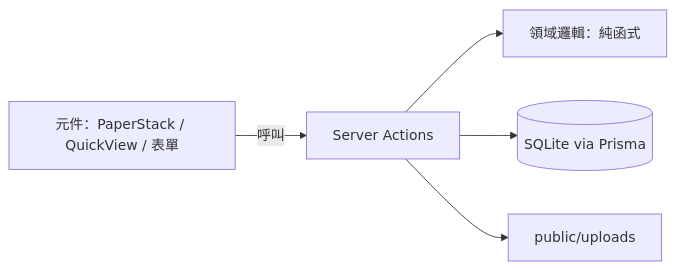
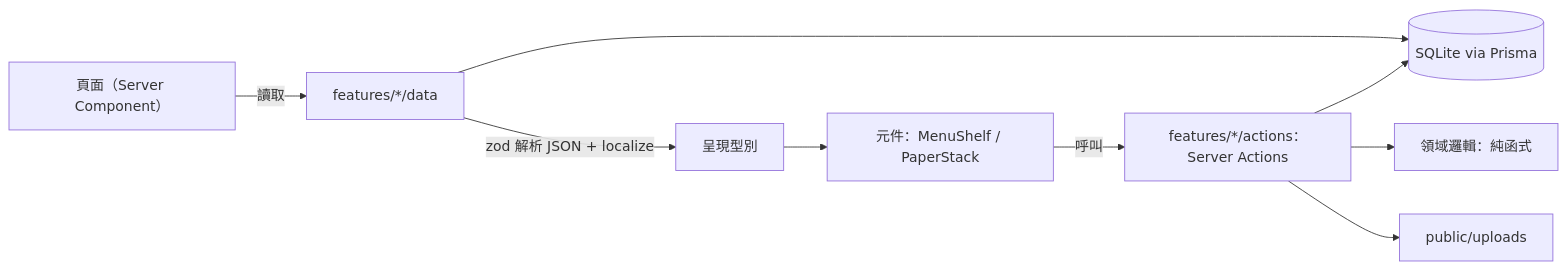
The first of 2 diagrams in docs/architecture.md (piercelin11/epifolio), drawn with Mermaid before and after one commit. The commit also changed other lines of this file and 9 other files, not shown here.

````diff
--- a/docs/architecture.md
+++ b/docs/architecture.md
@@ -22,7 +24,11 @@
 ```mermaid
 flowchart LR
-    UI[元件：PaperStack / QuickView / 表單] -->|呼叫| SA[Server Actions]
+    PAGE[頁面（Server Component）] -->|讀取| DATA[features/*/data]
+    DATA -->|zod 解析 JSON + localize| TYPES[呈現型別]
+    TYPES --> UI[元件：MenuShelf / PaperStack]
+    UI -->|呼叫| SA[features/*/actions：Server Actions]
+    DATA --> DB[(SQLite via Prisma)]
+    SA --> DB
     SA --> DOMAIN[領域邏輯：純函式]
-    SA --> DB[(SQLite via Prisma)]
     SA --> FS[public/uploads]
 ```
````
